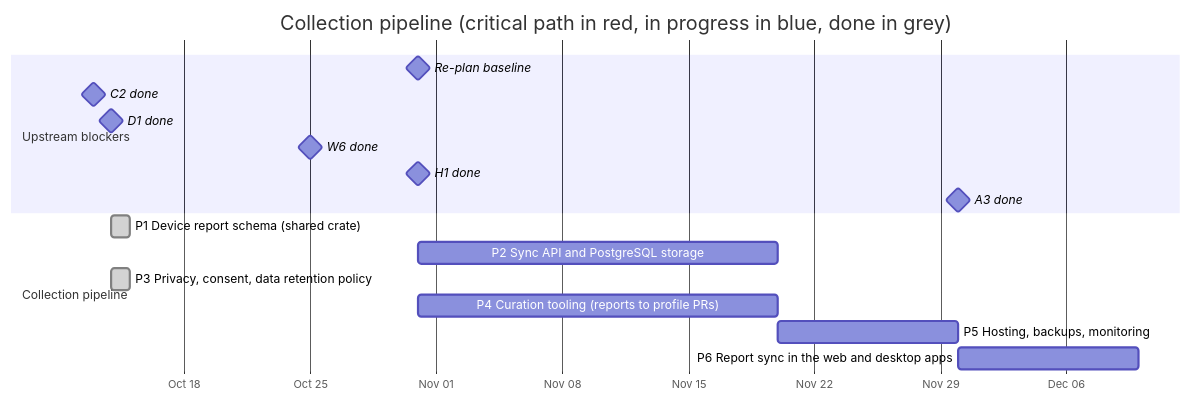
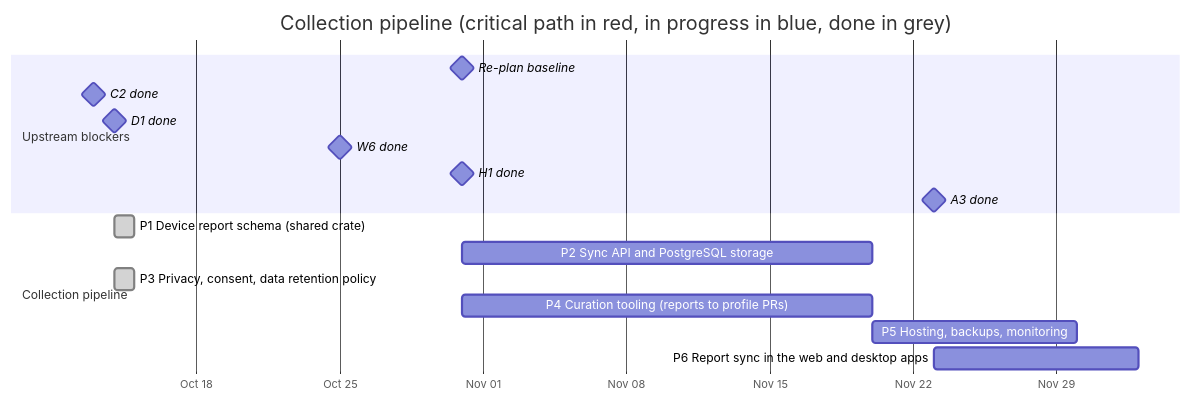
One commit to anygamepad/anygamepad.github.io changed the diagram in ROADMAP/2026-10-31/03-collection-pipeline.md. Above: the diagram before and after it, drawn with Mermaid. The commit also changed other lines of this file and 31 other files, not shown here.

````diff
--- a/ROADMAP/2026-10-31/03-collection-pipeline.md
+++ b/ROADMAP/2026-10-31/03-collection-pipeline.md
@@ -12,20 +12,20 @@
 ```mermaid
 gantt
     dateFormat YYYY-MM-DD
     axisFormat %b %d
     title Collection pipeline (critical path in red, in progress in blue, done in grey)
     section Upstream blockers
     Re-plan baseline :milestone, t0, 2026-10-31, 0d
     C2 done :milestone, c2, 2026-10-13, 0d
     D1 done :milestone, d1, 2026-10-14, 0d
     W6 done :milestone, w6, 2026-10-25, 0d
     H1 done :milestone, h1, 2026-10-31, 0d
-    A3 done :milestone, a3, 2026-11-30, 0d
+    A3 done :milestone, a3, 2026-11-23, 0d
     section Collection pipeline
     P1 Device report schema (shared crate) :done, p1, 2026-10-14, 1d
     P2 Sync API and PostgreSQL storage :p2, after p1 t0, 20d
     P3 Privacy, consent, data retention policy :done, p3, 2026-10-14, 1d
     P4 Curation tooling (reports to profile PRs) :p4, after p1 d1 h1, 20d
     P5 Hosting, backups, monitoring :p5, after p2, 10d
     P6 Report sync in the web and desktop apps :p6, after p2 w6 a3, 10d
 ```
````
